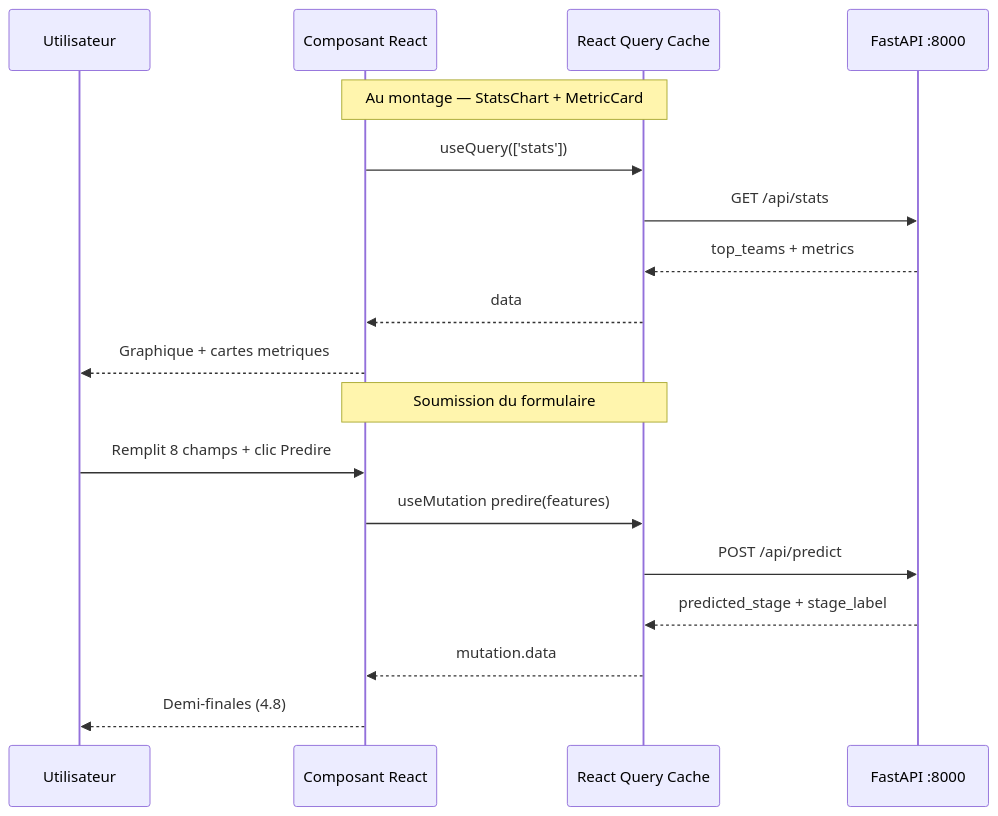
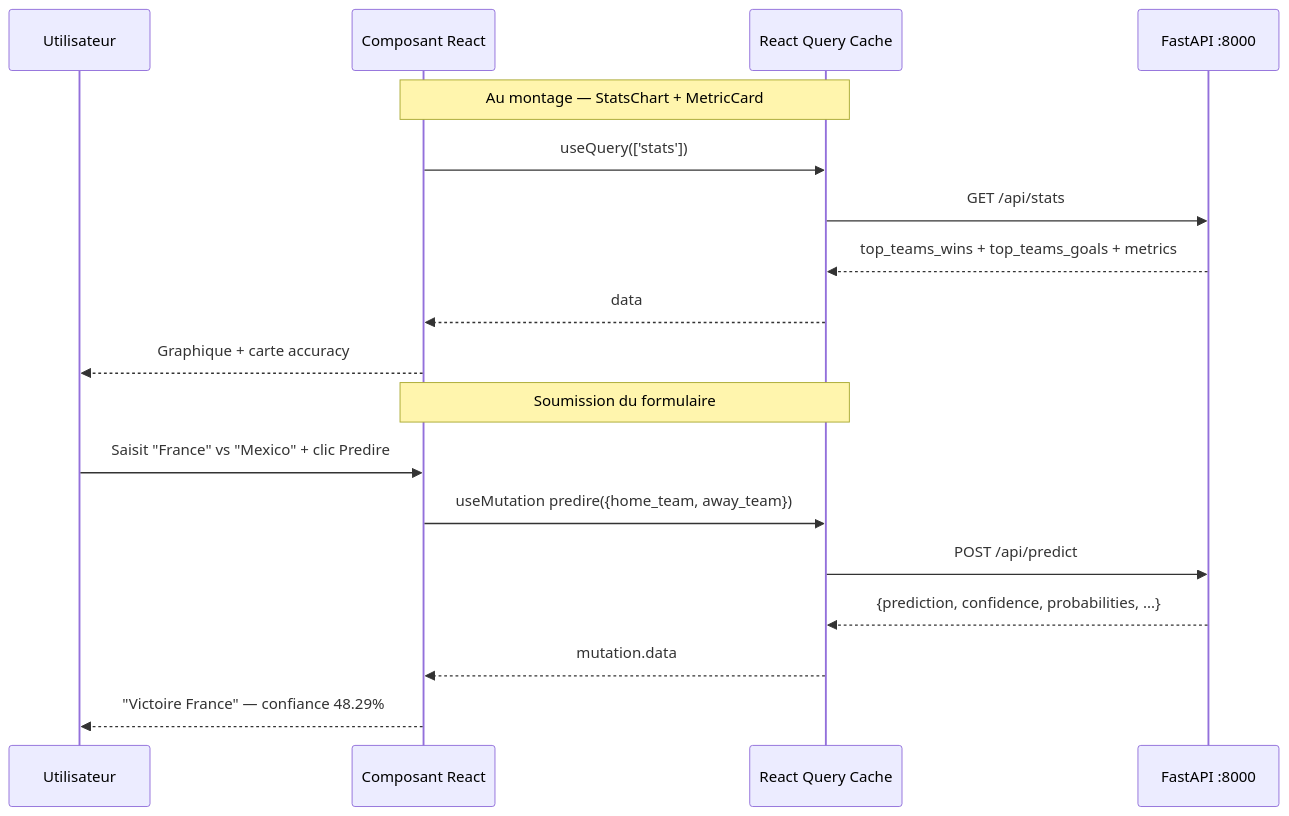
The third of 3 diagrams in Ressources/2.spec/04_frontend.md (quentinete2/Data_ai_Foot_Quentin_Thibaud), drawn with Mermaid before and after one commit. The commit also changed other lines of this file and 11 other files, not shown here.

````diff
--- a/Ressources/2.spec/04_frontend.md
+++ b/Ressources/2.spec/04_frontend.md
@@ -136,22 +140,22 @@
 ```mermaid
 sequenceDiagram
     participant U as Utilisateur
     participant C as Composant React
     participant RQ as React Query Cache
     participant API as FastAPI :8000
 
     Note over C,RQ: Au montage — StatsChart + MetricCard
     C->>RQ: useQuery(['stats'])
     RQ->>API: GET /api/stats
-    API-->>RQ: top_teams + metrics
+    API-->>RQ: top_teams_wins + top_teams_goals + metrics
     RQ-->>C: data
-    C-->>U: Graphique + cartes metriques
+    C-->>U: Graphique + carte accuracy
 
     Note over C,RQ: Soumission du formulaire
-    U->>C: Remplit 8 champs + clic Predire
-    C->>RQ: useMutation predire(features)
+    U->>C: Saisit "France" vs "Mexico" + clic Predire
+    C->>RQ: useMutation predire({home_team, away_team})
     RQ->>API: POST /api/predict
-    API-->>RQ: predicted_stage + stage_label
+    API-->>RQ: {prediction, confidence, probabilities, ...}
     RQ-->>C: mutation.data
-    C-->>U: Demi-finales (4.8)
+    C-->>U: "Victoire France" — confiance 48.29%
 ```
````
